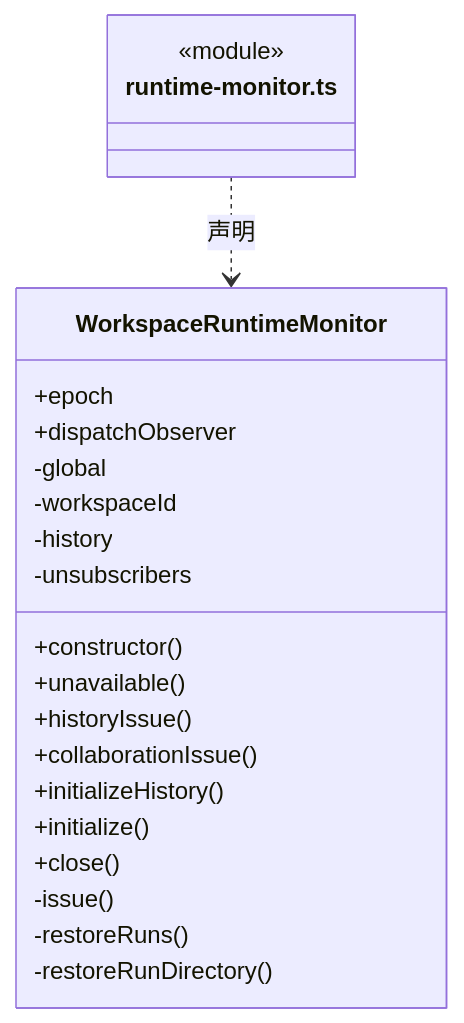
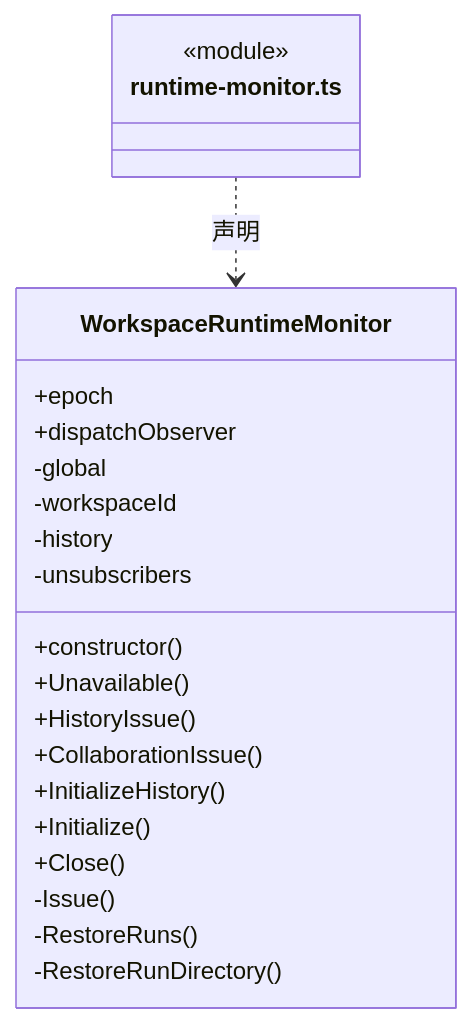
The ninth of 11 diagrams in src/logic/application/assembly/ARCHITECTURE.md (nan023062/cbim), drawn with Mermaid before and after one commit. The commit also changed other lines of this file and 1035 other files, not shown here.

````diff
--- a/src/logic/application/assembly/ARCHITECTURE.md
+++ b/src/logic/application/assembly/ARCHITECTURE.md
@@ -143,25 +143,25 @@
 ```mermaid
 classDiagram
 class N_src_logic_application_assembly_runtime_monitor_ts["runtime-monitor.ts"] {
   <<module>>
 }
 class N_src_logic_application_assembly_runtime_monitor_ts_WorkspaceRuntimeMonitor["WorkspaceRuntimeMonitor"] {
   +epoch
   +dispatchObserver
   +constructor()
-  +unavailable()
-  +historyIssue()
-  +collaborationIssue()
-  +initializeHistory()
-  +initialize()
-  +close()
+  +Unavailable()
+  +HistoryIssue()
+  +CollaborationIssue()
+  +InitializeHistory()
+  +Initialize()
+  +Close()
   -global
   -workspaceId
   -history
   -unsubscribers
-  -issue()
-  -restoreRuns()
-  -restoreRunDirectory()
+  -Issue()
+  -RestoreRuns()
+  -RestoreRunDirectory()
 }
 N_src_logic_application_assembly_runtime_monitor_ts ..> N_src_logic_application_assembly_runtime_monitor_ts_WorkspaceRuntimeMonitor : 声明
 ```
````
